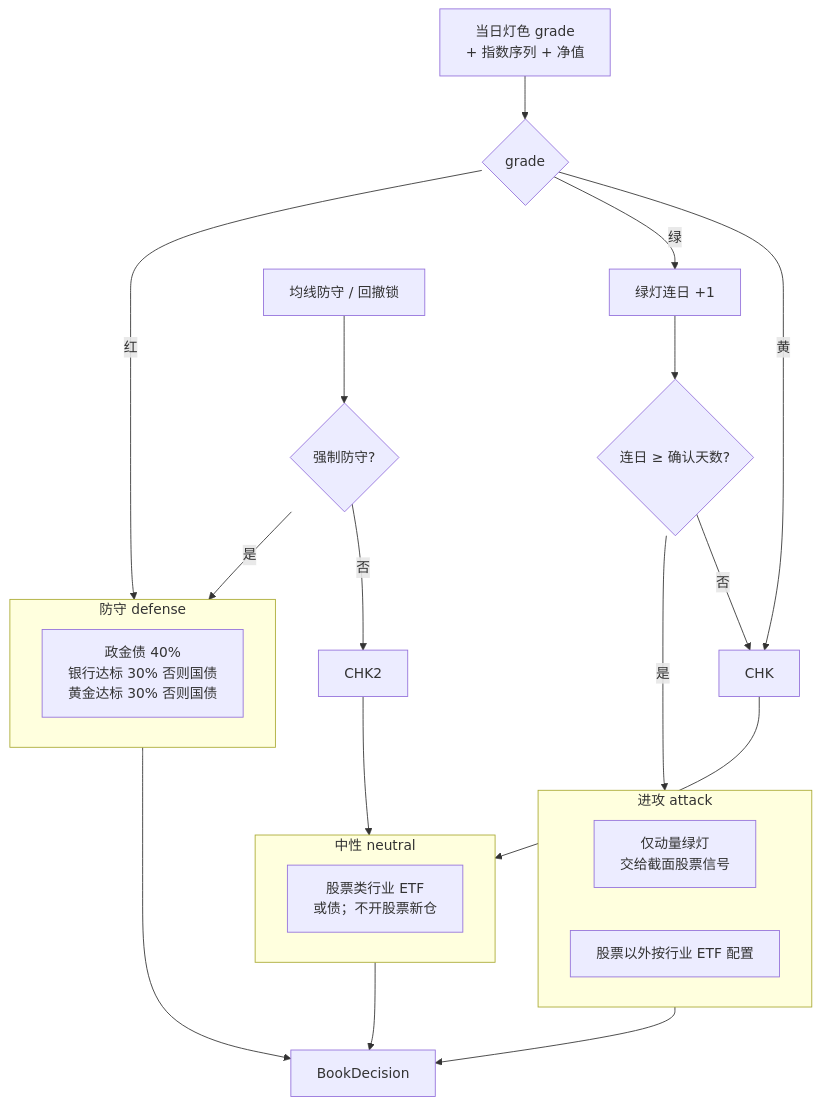
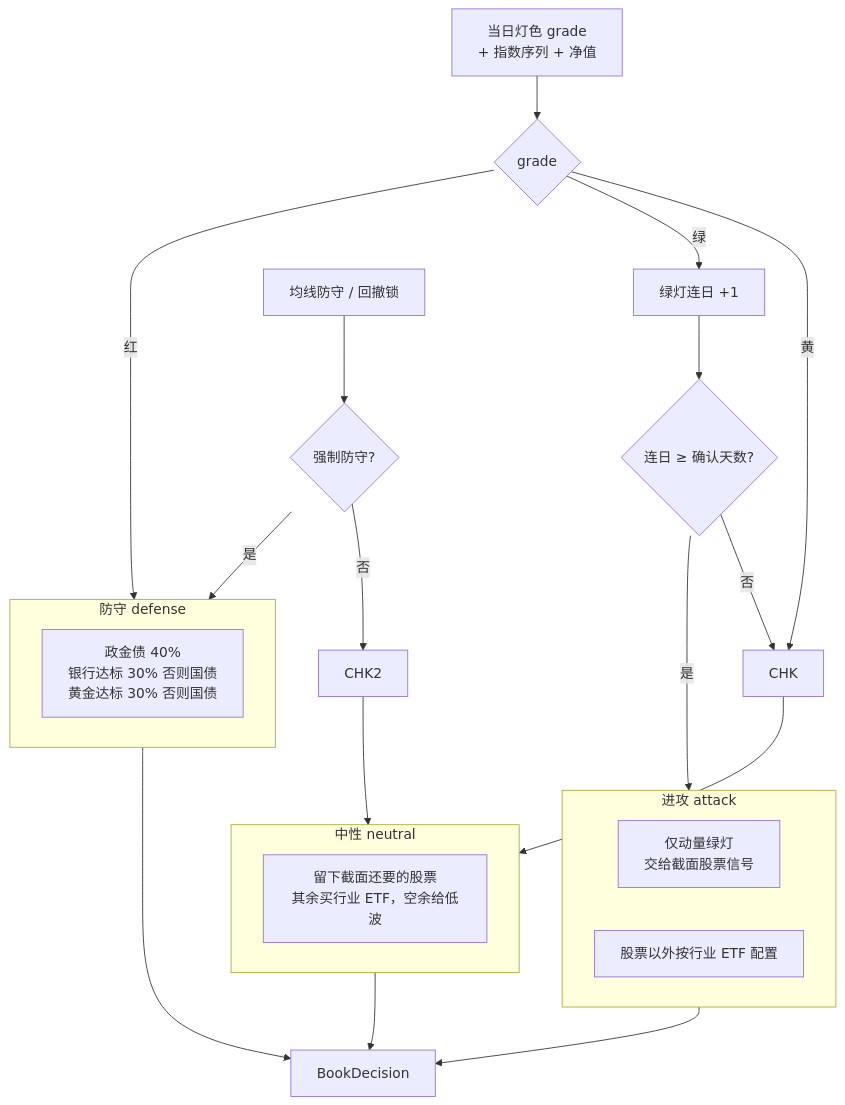
Before and after one commit to wllfengshu/TradingAgents-CN: the third of 6 diagrams in zstock/strategy_management/doc/README.md, drawn with Mermaid. The commit also changed other lines of this file and 34 other files, not shown here.

````diff
--- a/zstock/strategy_management/doc/README.md
+++ b/zstock/strategy_management/doc/README.md
@@ -167,35 +166,35 @@
 ```mermaid
 flowchart TB
     IN[当日灯色 grade<br/>+ 指数序列 + 净值] --> G{grade}
     G -->|红| DEF
     G -->|黄| CHK
     G -->|绿| GS[绿灯连日 +1]
 
     GS --> CONF{连日 ≥ 确认天数?}
     CONF -->|否| CHK
     CONF -->|是| ATK
 
     REG[均线防守 / 回撤锁] --> FORCED{强制防守?}
     FORCED -->|是| DEF
     FORCED -->|否| CHK2
 
     CHK --> NEU
     CHK2 --> NEU
 
     subgraph DEF[防守 defense]
         D1[政金债 40%<br/>银行达标 30% 否则国债<br/>黄金达标 30% 否则国债]
     end
 
     subgraph NEU[中性 neutral]
-        N1[股票类行业 ETF<br/>或债；不开股票新仓]
+        N1[留下截面还要的股票<br/>其余买行业 ETF，空余给低波]
     end
 
     subgraph ATK[进攻 attack]
         A1[仅动量绿灯<br/>交给截面股票信号]
         A2[股票以外按行业 ETF 配置]
     end
 
     DEF --> BD[BookDecision]
     NEU --> BD
     ATK --> BD
 ```
````
